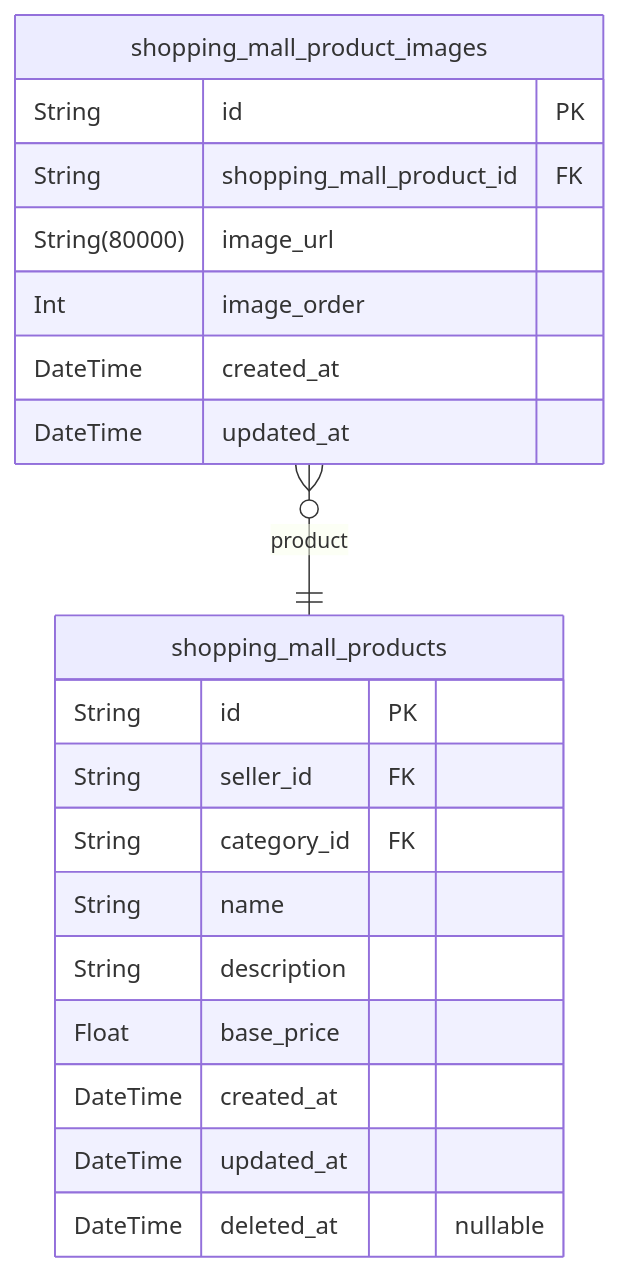
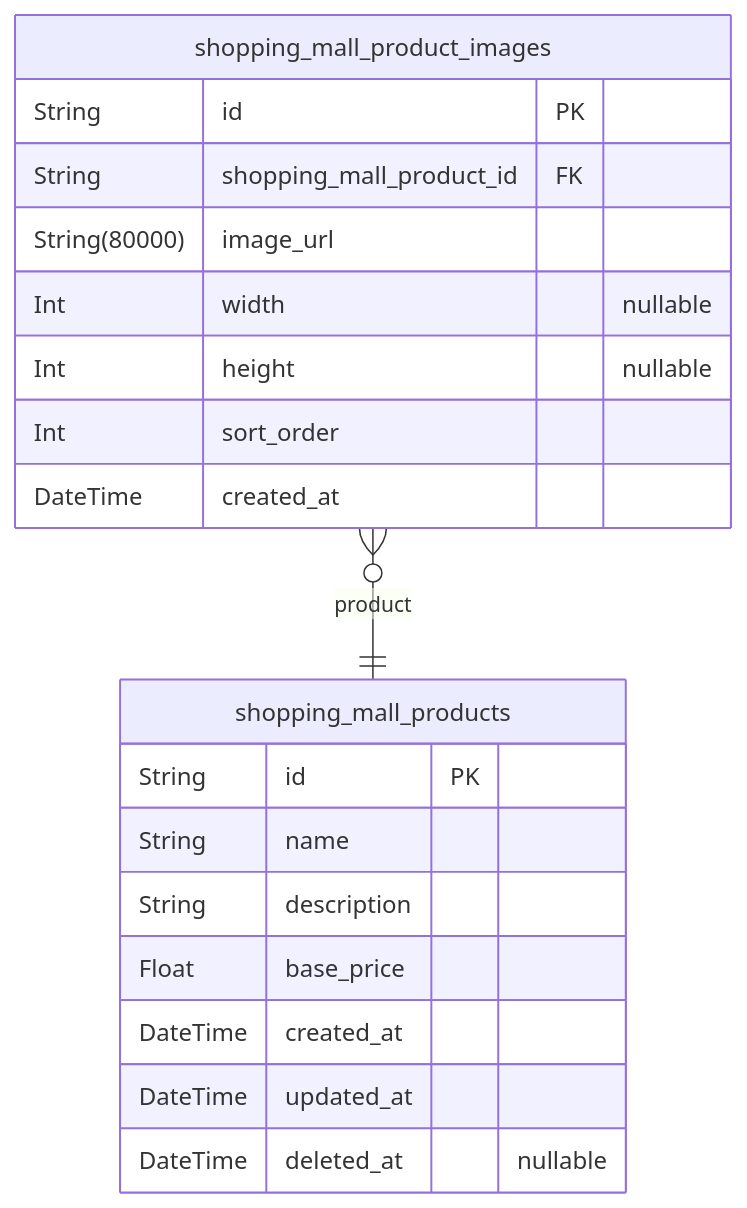
One commit to wrtnlabs/autobe-examples changed the third of 12 diagrams in qwen/qwen3-next-80b-a3b-instruct/shopping/docs/ERD.md. Above: the diagram before and after it, drawn with Mermaid. The commit also changed other lines of this file and 11104 other files, not shown here.

````diff
--- a/qwen/qwen3-next-80b-a3b-instruct/shopping/docs/ERD.md
+++ b/qwen/qwen3-next-80b-a3b-instruct/shopping/docs/ERD.md
@@ -1014,23 +752,22 @@
 ```mermaid
 erDiagram
 "shopping_mall_products" {
   String id PK
-  String seller_id FK
-  String category_id FK
   String name
   String description
   Float base_price
   DateTime created_at
   DateTime updated_at
   DateTime deleted_at "nullable"
 }
 "shopping_mall_product_images" {
   String id PK
   String shopping_mall_product_id FK
   String(80000) image_url
-  Int image_order
+  Int width "nullable"
+  Int height "nullable"
+  Int sort_order
   DateTime created_at
-  DateTime updated_at
 }
 "shopping_mall_product_images" }o--|| "shopping_mall_products" : product
 ```
````
